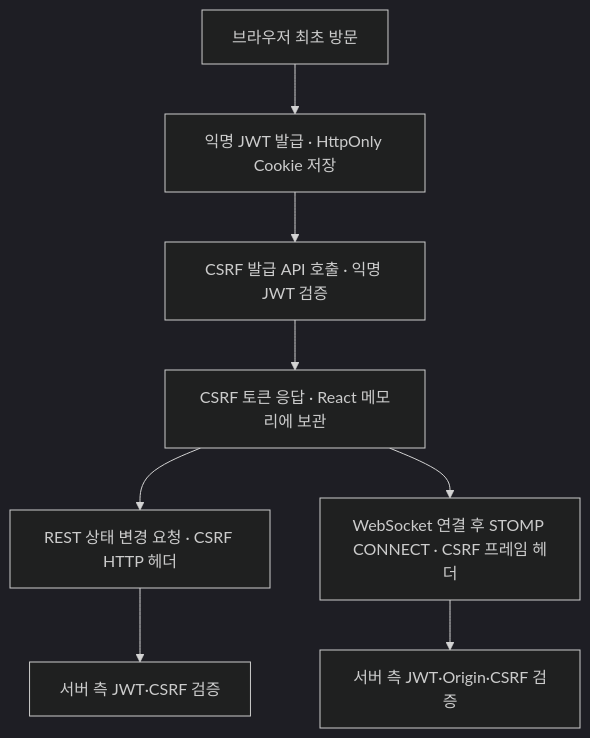
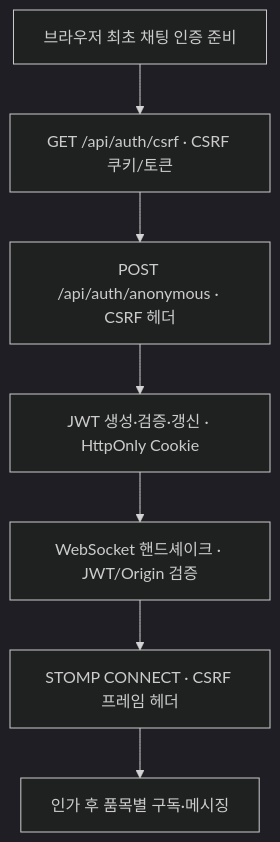
The diagram in MVP/architecture/frontend/adr/FE-ADR-009-MVP-익명-사용자-식별-및-보안-토큰-관리-전략.md (today-fish/today-fish-docs), drawn with Mermaid (dark theme) before and after one commit. The commit also changed other lines of this file and 14 other files, not shown here.

First line of the commit message:
docs: 익명 인증·채팅 명세 및 ERD 갱신

````diff
--- a/MVP/architecture/frontend/adr/FE-ADR-009-MVP-익명-사용자-식별-및-보안-토큰-관리-전략.md
+++ b/MVP/architecture/frontend/adr/FE-ADR-009-MVP-익명-사용자-식별-및-보안-토큰-관리-전략.md
@@ -51,10 +51,9 @@
 ```mermaid
 flowchart TD
-    A["브라우저 최초 방문"] --> B["익명 JWT 발급 · HttpOnly Cookie 저장"]
-    B --> C["CSRF 발급 API 호출 · 익명 JWT 검증"]
-    C --> D["CSRF 토큰 응답 · React 메모리에 보관"]
-    D --> E["REST 상태 변경 요청 · CSRF HTTP 헤더"]
-    D --> F["WebSocket 연결 후 STOMP CONNECT · CSRF 프레임 헤더"]
-    E --> G["서버 측 JWT·CSRF 검증"]
-    F --> H["서버 측 JWT·Origin·CSRF 검증"]
+    A["브라우저 최초 채팅 인증 준비"] --> B["GET /api/auth/csrf · CSRF 쿠키/토큰"]
+    B --> C["POST /api/auth/anonymous · CSRF 헤더"]
+    C --> D["JWT 생성·검증·갱신 · HttpOnly Cookie"]
+    D --> E["WebSocket 핸드셰이크 · JWT/Origin 검증"]
+    E --> F["STOMP CONNECT · CSRF 프레임 헤더"]
+    F --> G["인가 후 품목별 구독·메시징"]
 ```
````
